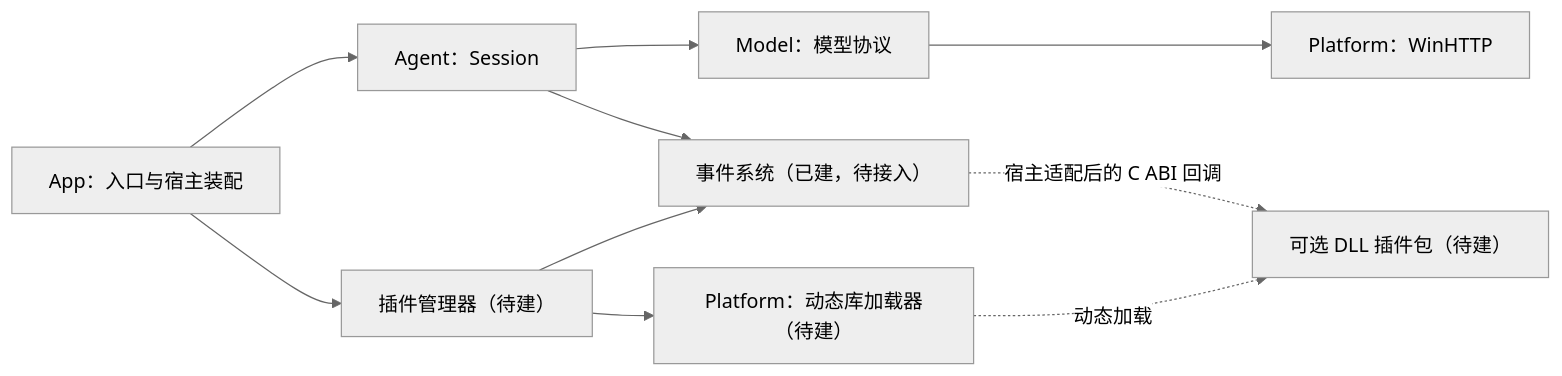
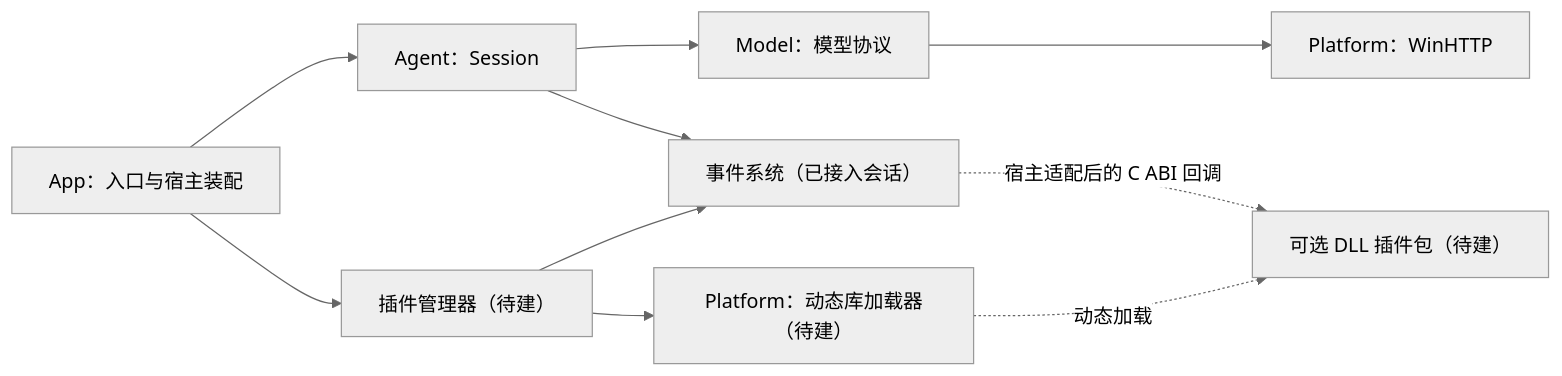
One commit to AuraKaliya/DaFeiYu- changed the diagram in docs/foundation-development-guide.md. Above: the diagram before and after it, drawn with Mermaid (neutral theme). The commit also changed other lines of this file and 8 other files, not shown here.

````diff
--- a/docs/foundation-development-guide.md
+++ b/docs/foundation-development-guide.md
@@ -44,12 +46,12 @@
 ```mermaid
 flowchart LR
     App["App：入口与宿主装配"] --> Agent["Agent：Session"]
     Agent --> Model["Model：模型协议"]
     Model --> HTTP["Platform：WinHTTP"]
     App --> Manager["插件管理器（待建）"]
-    Agent --> Events["事件系统（已建，待接入）"]
+    Agent --> Events["事件系统（已接入会话）"]
     Manager --> Events
     Manager --> Loader["Platform：动态库加载器（待建）"]
     Loader -. "动态加载" .-> Plugin["可选 DLL 插件包（待建）"]
     Events -. "宿主适配后的 C ABI 回调" .-> Plugin
 ```
````
